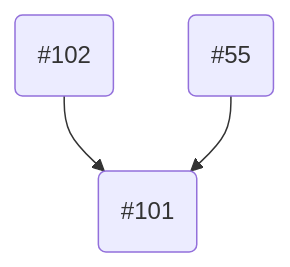
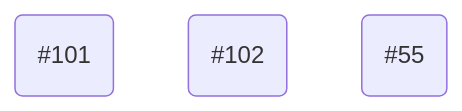
The first of 3 diagrams in TODO.md (JuliaAnimators/Javis.jl), drawn with Mermaid before and after one commit. The commit also changed 1 other file, not shown here.

Commit message:
Project.toml with upper bound

````diff
--- a/TODO.md
+++ b/TODO.md
@@ -5,9 +5,7 @@
 ```mermaid
 graph TD
     A(#101)
     B(#102)
     C(#55)
 
-    B --> A
-    C --> A
 ```
````
